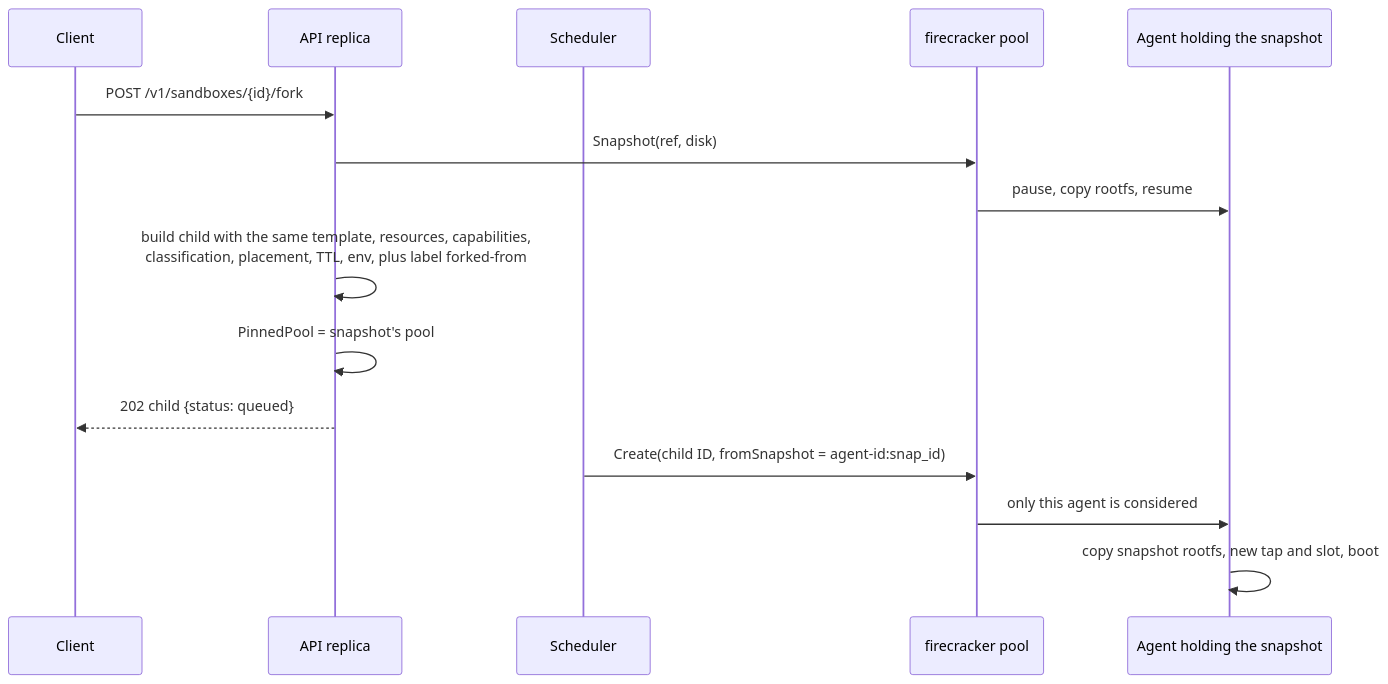
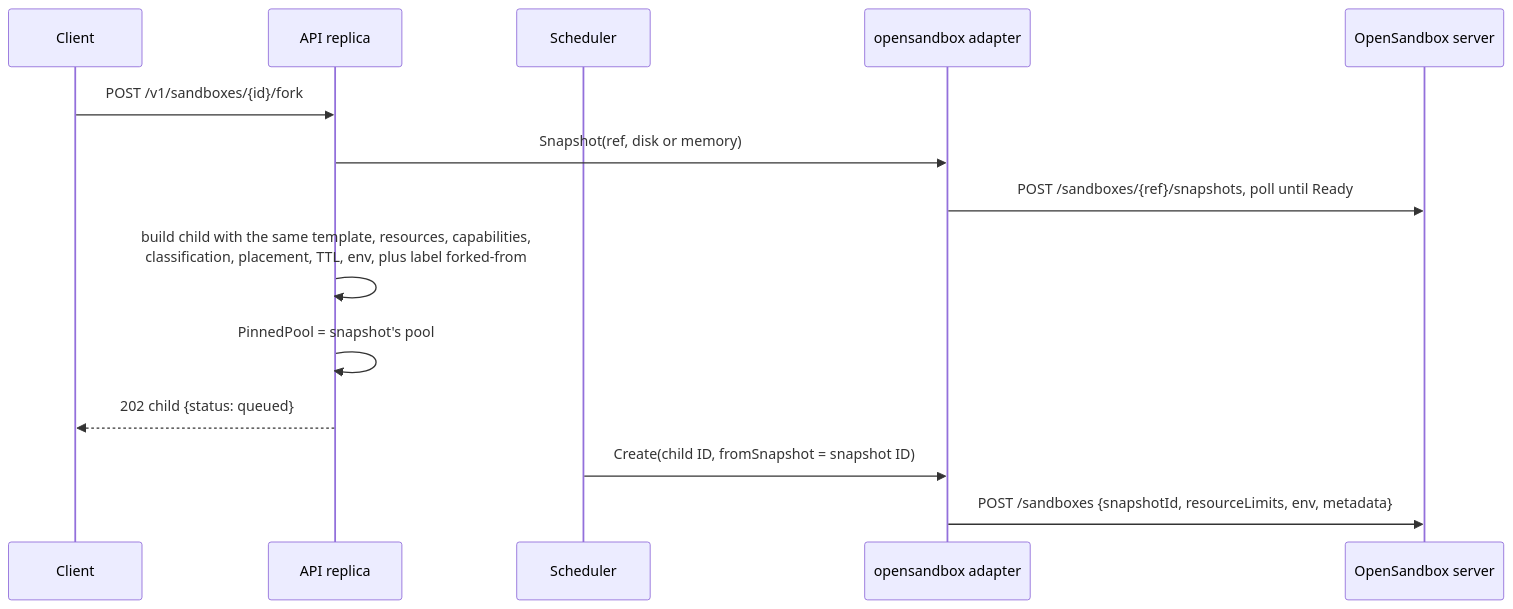
One commit to different-ai/differently changed the diagram in docs/storage-and-lifecycle.md. Above: the diagram before and after it, drawn with Mermaid. The commit also changed other lines of this file and 136 other files, not shown here.

````diff
--- a/docs/storage-and-lifecycle.md
+++ b/docs/storage-and-lifecycle.md
@@ -140,17 +147,16 @@
 ```mermaid
 sequenceDiagram
   participant C as Client
   participant A as API replica
   participant S as Scheduler
-  participant P as firecracker pool
-  participant N as Agent holding the snapshot
+  participant P as opensandbox adapter
+  participant O as OpenSandbox server
   C->>A: POST /v1/sandboxes/{id}/fork
-  A->>P: Snapshot(ref, disk)
-  P->>N: pause, copy rootfs, resume
+  A->>P: Snapshot(ref, disk or memory)
+  P->>O: POST /sandboxes/{ref}/snapshots, poll until Ready
   A->>A: build child with the same template, resources, capabilities,<br/>classification, placement, TTL, env, plus label forked-from
   A->>A: PinnedPool = snapshot's pool
   A-->>C: 202 child {status: queued}
-  S->>P: Create(child ID, fromSnapshot = agent-id:snap_id)
-  P->>N: only this agent is considered
-  N->>N: copy snapshot rootfs, new tap and slot, boot
+  S->>P: Create(child ID, fromSnapshot = snapshot ID)
+  P->>O: POST /sandboxes {snapshotId, resourceLimits, env, metadata}
 ```
````
